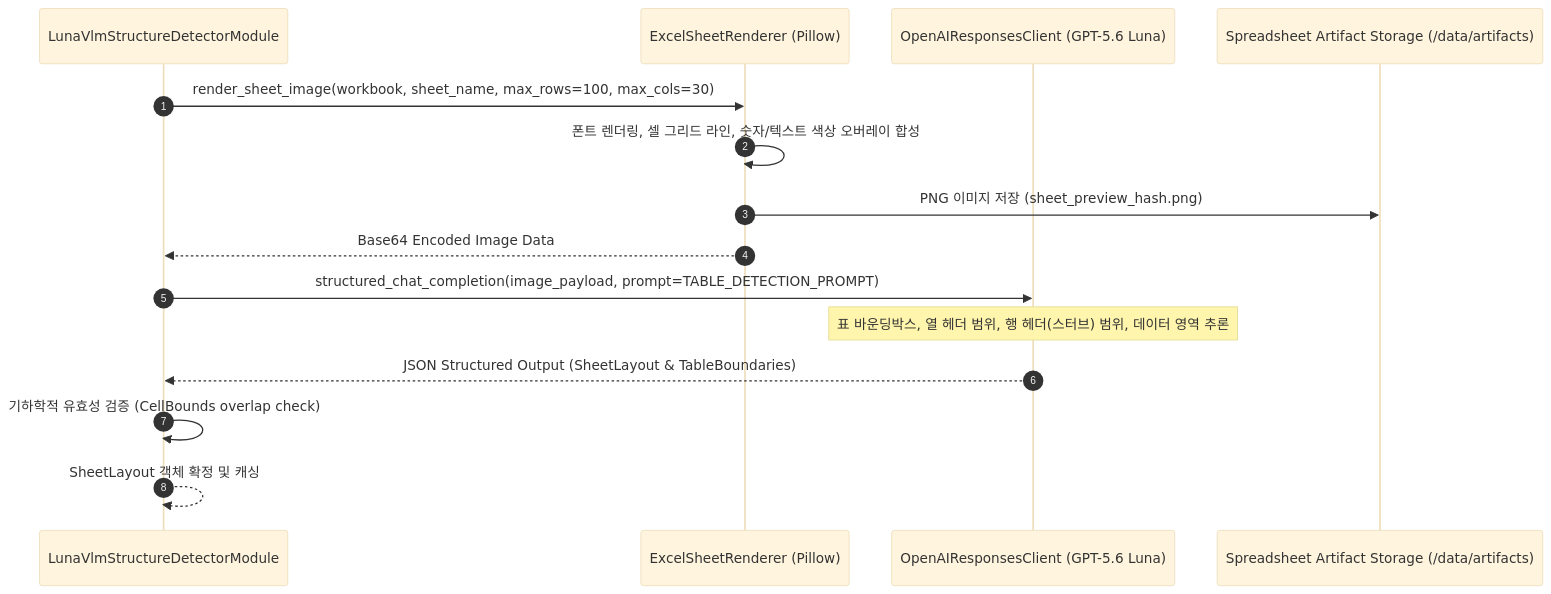
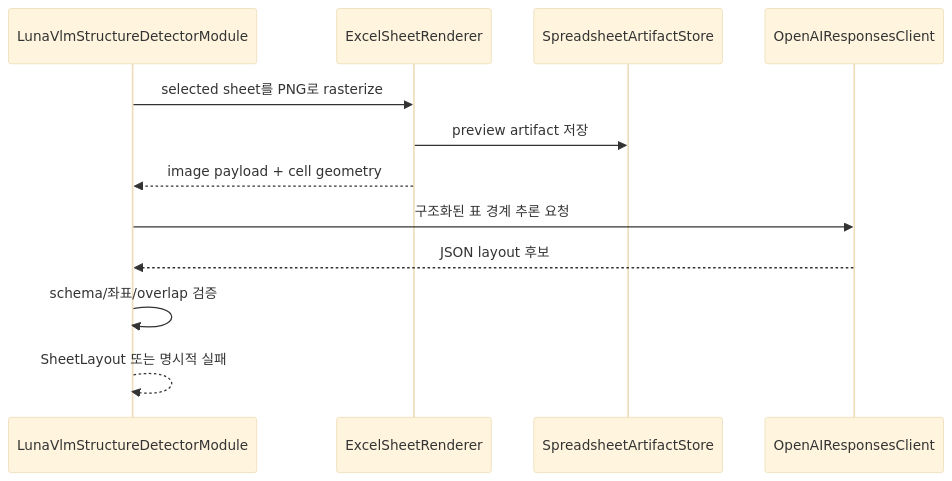
The diagram in docs/blueprints/02_data_engine_blueprints/BP-202_luna_vlm_vision_detector.md (bist-mini-final/bist-mini-final), drawn with Mermaid (base theme) before and after one commit. The commit also changed other lines of this file and 205 other files, not shown here.

Commit message:
feat: initialize full-stack workspace architecture with BI analytics, company comparison, and job orchestration modules

````diff
--- a/docs/blueprints/02_data_engine_blueprints/BP-202_luna_vlm_vision_detector.md
+++ b/docs/blueprints/02_data_engine_blueprints/BP-202_luna_vlm_vision_detector.md
@@ -11,20 +17,15 @@
 ```mermaid
 sequenceDiagram
-    autonumber
-    participant Parser as LunaVlmStructureDetectorModule
-    participant Renderer as ExcelSheetRenderer (Pillow)
-    participant VLM as OpenAIResponsesClient (GPT-5.6 Luna)
-    participant Disk as Spreadsheet Artifact Storage (/data/artifacts)
+    participant Module as LunaVlmStructureDetectorModule
+    participant Renderer as ExcelSheetRenderer
+    participant Store as SpreadsheetArtifactStore
+    participant Vision as OpenAIResponsesClient
 
-    Parser->>Renderer: render_sheet_image(workbook, sheet_name, max_rows=100, max_cols=30)
-    Renderer->>Renderer: 폰트 렌더링, 셀 그리드 라인, 숫자/텍스트 색상 오버레이 합성
-    Renderer->>Disk: PNG 이미지 저장 (sheet_preview_hash.png)
-    Renderer-->>Parser: Base64 Encoded Image Data
-
-    Parser->>VLM: structured_chat_completion(image_payload, prompt=TABLE_DETECTION_PROMPT)
-    Note over VLM: 표 바운딩박스, 열 헤더 범위, 행 헤더(스터브) 범위, 데이터 영역 추론
-    VLM-->>Parser: JSON Structured Output (SheetLayout & TableBoundaries)
-
-    Parser->>Parser: 기하학적 유효성 검증 (CellBounds overlap check)
-    Parser-->>Parser: SheetLayout 객체 확정 및 캐싱
+    Module->>Renderer: selected sheet를 PNG로 rasterize
+    Renderer->>Store: preview artifact 저장
+    Renderer-->>Module: image payload + cell geometry
+    Module->>Vision: 구조화된 표 경계 추론 요청
+    Vision-->>Module: JSON layout 후보
+    Module->>Module: schema/좌표/overlap 검증
+    Module-->>Module: SheetLayout 또는 명시적 실패
 ```
````
